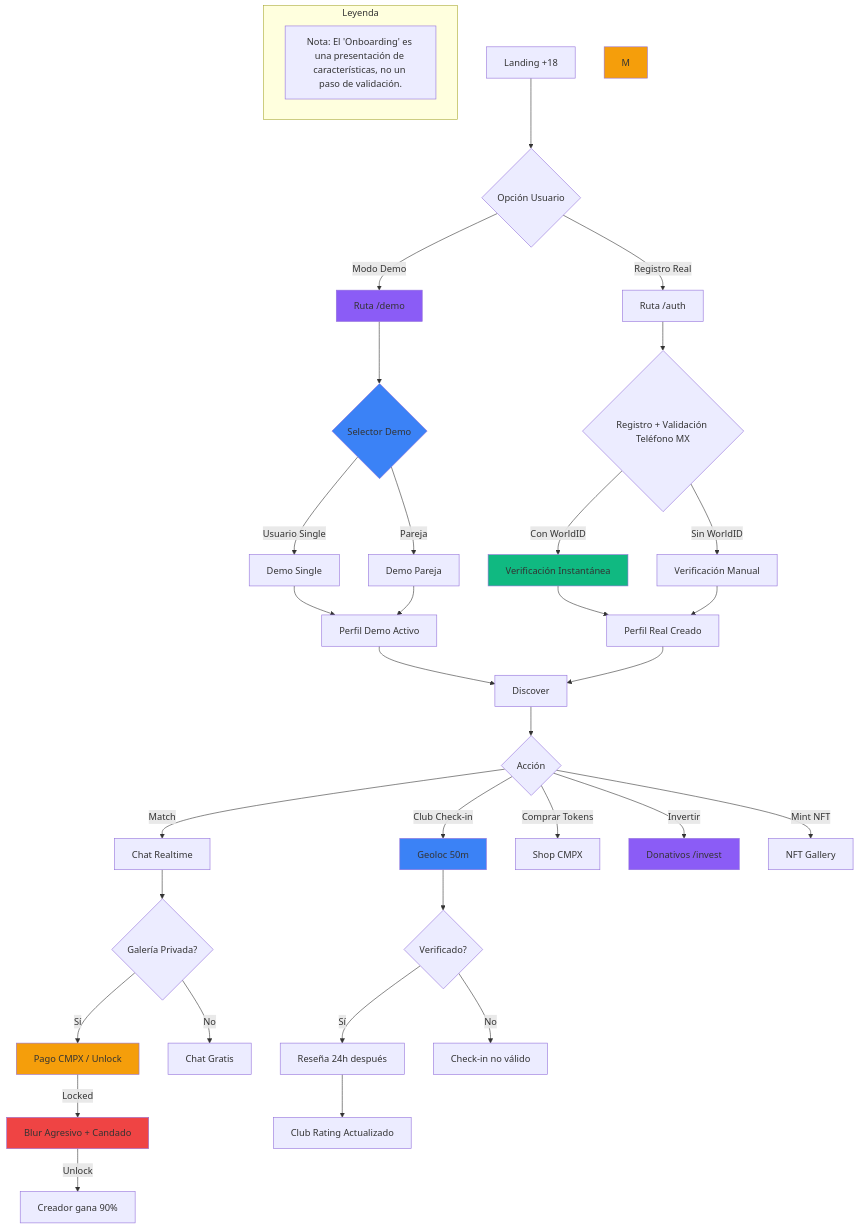
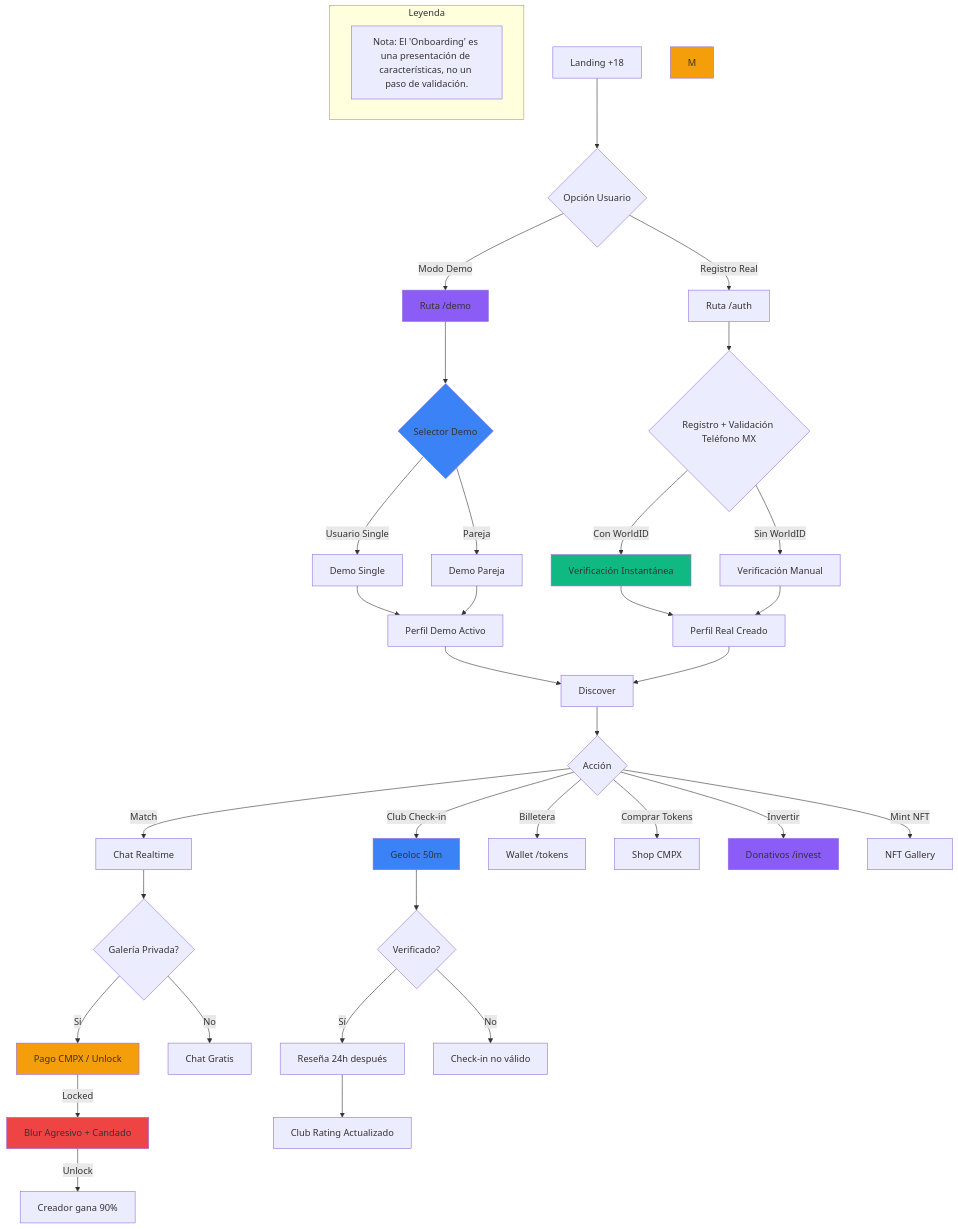
Before and after one commit to Complicessconecta/ComplicesConecta: diagram 14 of 19 in DIAGRAMAS_FLUJOS_CONSOLIDADO.md, drawn with Mermaid. The commit also changed 20 other files, not shown here.

````diff
--- a/DIAGRAMAS_FLUJOS_CONSOLIDADO.md
+++ b/DIAGRAMAS_FLUJOS_CONSOLIDADO.md
@@ -529,56 +529,57 @@
 ```mermaid
 flowchart TD
     A[Landing +18] --> B{Opción Usuario}
     B -->|Modo Demo| C[Ruta /demo]
     B -->|Registro Real| D[Ruta /auth]
 
     C --> E{Selector Demo}
     E -->|Usuario Single| F[Demo Single]
     E -->|Pareja| G[Demo Pareja]
 
     F --> H[Perfil Demo Activo]
     G --> H
 
     D --> I{Registro + Validación Teléfono MX}
     I -->|Con WorldID| J[Verificación Instantánea]
     I -->|Sin WorldID| K[Verificación Manual]
 
     J --> O[Perfil Real Creado]
     K --> O
 
     subgraph Leyenda
         direction LR
         Note1[Nota: El 'Onboarding' es una presentación de características, no un paso de validación.]
     end
 
     H --> P[Discover]
     O --> P
 
     P --> Q{Acción}
     Q -->|Match| R[Chat Realtime]
     Q -->|Club Check-in| S[Geoloc 50m]
+    Q -->|Billetera| WT[Wallet /tokens]
     Q -->|Comprar Tokens| T[Shop CMPX]
     Q -->|Invertir| U[Donativos /invest]
     Q -->|Mint NFT| N1[NFT Gallery]
 
     S --> V{Verificado?}
     V -->|Sí| W[Reseña 24h después]
     V -->|No| X[Check-in no válido]
 
     R --> Y{Galería Privada?}
     Y -->|Sí| Z[Pago CMPX / Unlock]
     Y -->|No| AA[Chat Gratis]
 
     Z -->|Locked| BLUR[Blur Agresivo + Candado]
     BLUR -->|Unlock| AB[Creador gana 90%]
     W --> AC[Club Rating Actualizado]
 
     style C fill:#8b5cf6
     style E fill:#3b82f6
     style J fill:#10b981
     style M fill:#f59e0b
     style S fill:#3b82f6
     style Z fill:#f59e0b
     style U fill:#8b5cf6
     style BLUR fill:#ef4444
 ```
````
